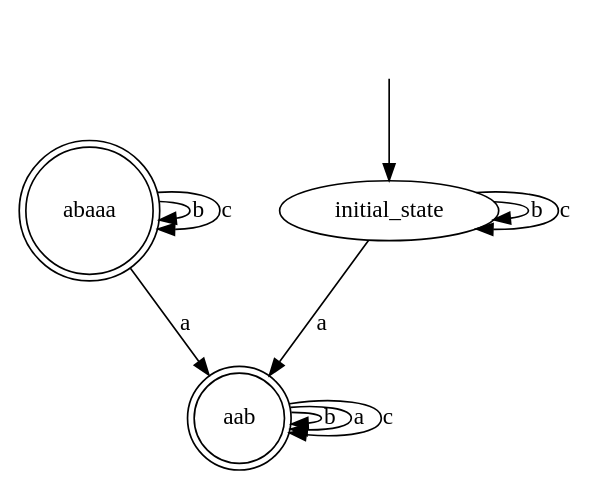
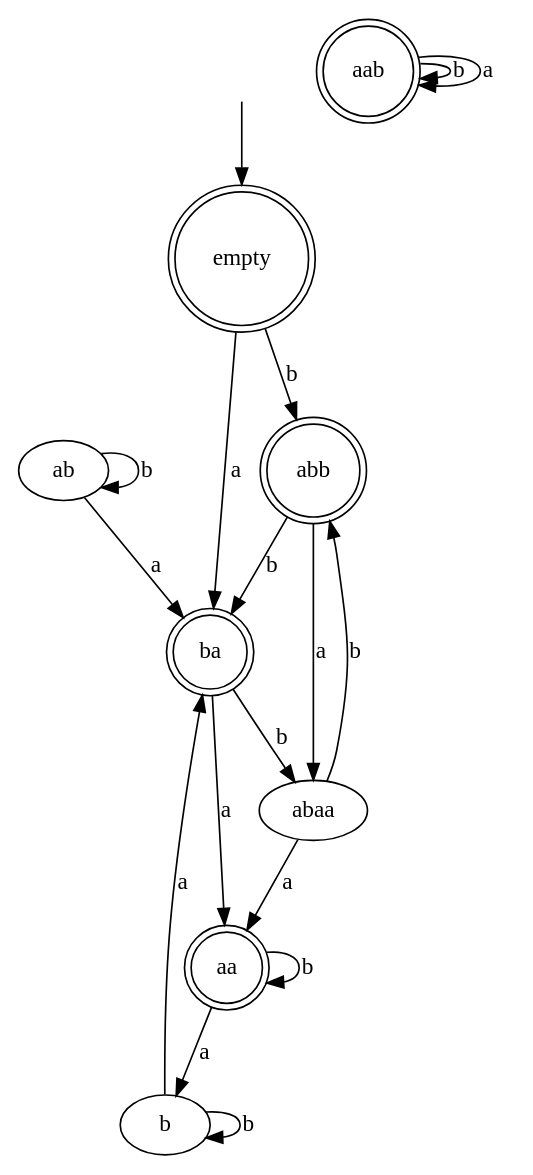
One commit to pepe5p/grammar-induction changed the diagram in data/learned_dfa.dot. Above: the diagram before and after it, drawn with Graphviz. The commit also changed 5 other files, not shown here.

```diff
--- a/data/learned_dfa.dot
+++ b/data/learned_dfa.dot
@@ -1,16 +1,28 @@
 digraph learned_dfa {
-initial_state [label="initial_state"];
+empty [label="empty", shape=doublecircle];
 aab [label="aab", shape=doublecircle];
-abaaa [label="abaaa", shape=doublecircle];
-initial_state -> aab [label="a"];
-initial_state -> initial_state [label="b"];
-initial_state -> initial_state [label="c"];
+abb [label="abb", shape=doublecircle];
+aa [label="aa", shape=doublecircle];
+b [label="b"];
+ba [label="ba", shape=doublecircle];
+ab [label="ab"];
+abaa [label="abaa"];
+empty -> ba [label="a"];
+empty -> abb [label="b"];
 aab -> aab [label="b"];
 aab -> aab [label="a"];
-aab -> aab [label="c"];
-abaaa -> abaaa [label="b"];
-abaaa -> aab [label="a"];
-abaaa -> abaaa [label="c"];
+abb -> ba [label="b"];
+abb -> abaa [label="a"];
+aa -> aa [label="b"];
+aa -> b [label="a"];
+b -> ba [label="a"];
+b -> b [label="b"];
+ba -> aa [label="a"];
+ba -> abaa [label="b"];
+ab -> ba [label="a"];
+ab -> ab [label="b"];
+abaa -> aa [label="a"];
+abaa -> abb [label="b"];
 __start0 [shape=none, label=""];
-__start0 -> initial_state [label=""];
+__start0 -> empty [label=""];
 }
```
